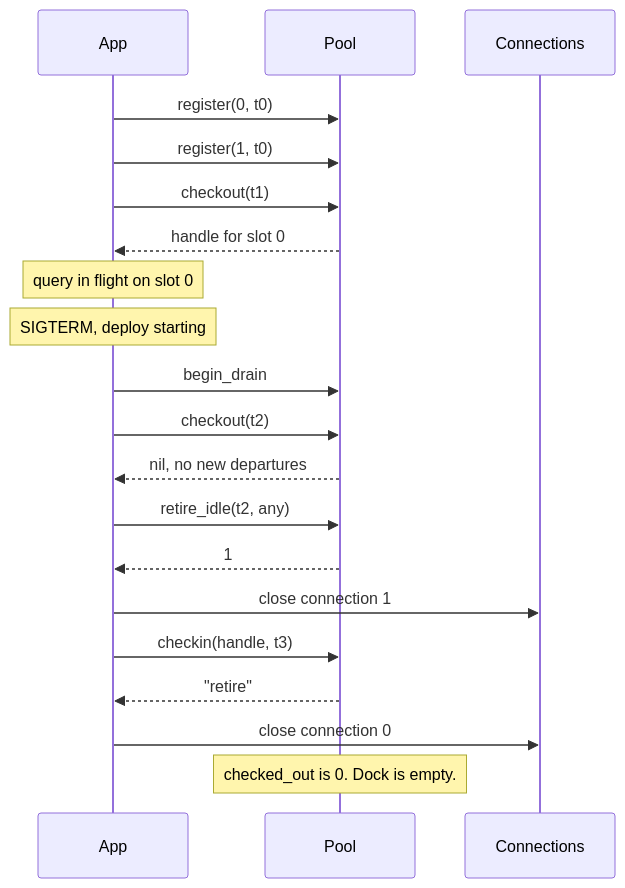
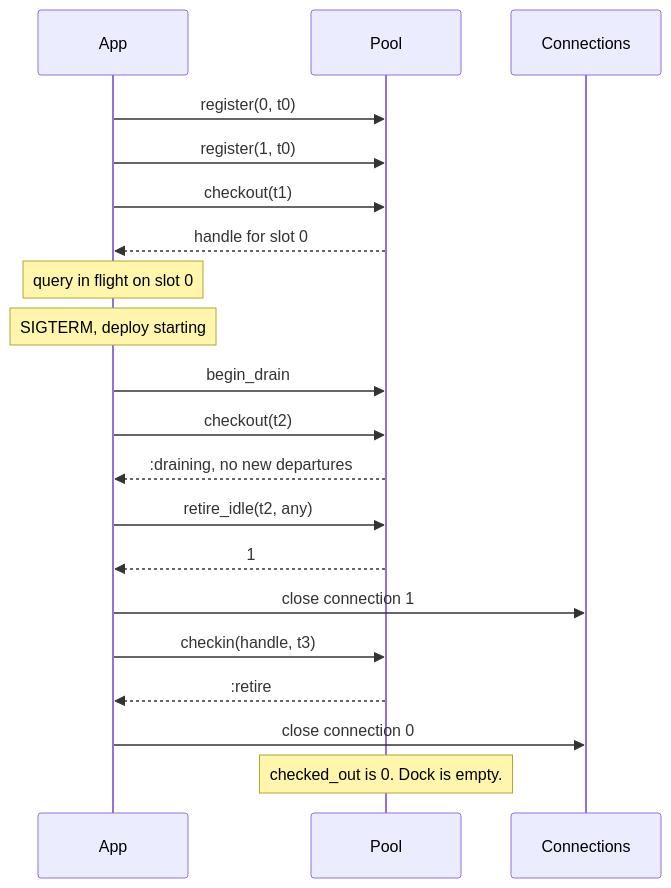
Before and after one commit to seuros/pool_machines: the second of 2 diagrams in README.md, drawn with Mermaid. The commit also changed other lines of this file and 13 other files, not shown here.

````diff
--- a/README.md
+++ b/README.md
@@ -82,25 +82,25 @@
 ```mermaid
 sequenceDiagram
     participant App
     participant Pool
     participant DB as Connections
 
     App->>Pool: register(0, t0)
     App->>Pool: register(1, t0)
     App->>Pool: checkout(t1)
     Pool-->>App: handle for slot 0
     Note over App: query in flight on slot 0
 
     Note over App: SIGTERM, deploy starting
     App->>Pool: begin_drain
     App->>Pool: checkout(t2)
-    Pool-->>App: nil, no new departures
+    Pool-->>App: :draining, no new departures
     App->>Pool: retire_idle(t2, any)
     Pool-->>App: 1
     App->>DB: close connection 1
 
     App->>Pool: checkin(handle, t3)
-    Pool-->>App: "retire"
+    Pool-->>App: :retire
     App->>DB: close connection 0
     Note over Pool: checked_out is 0. Dock is empty.
 ```
````
